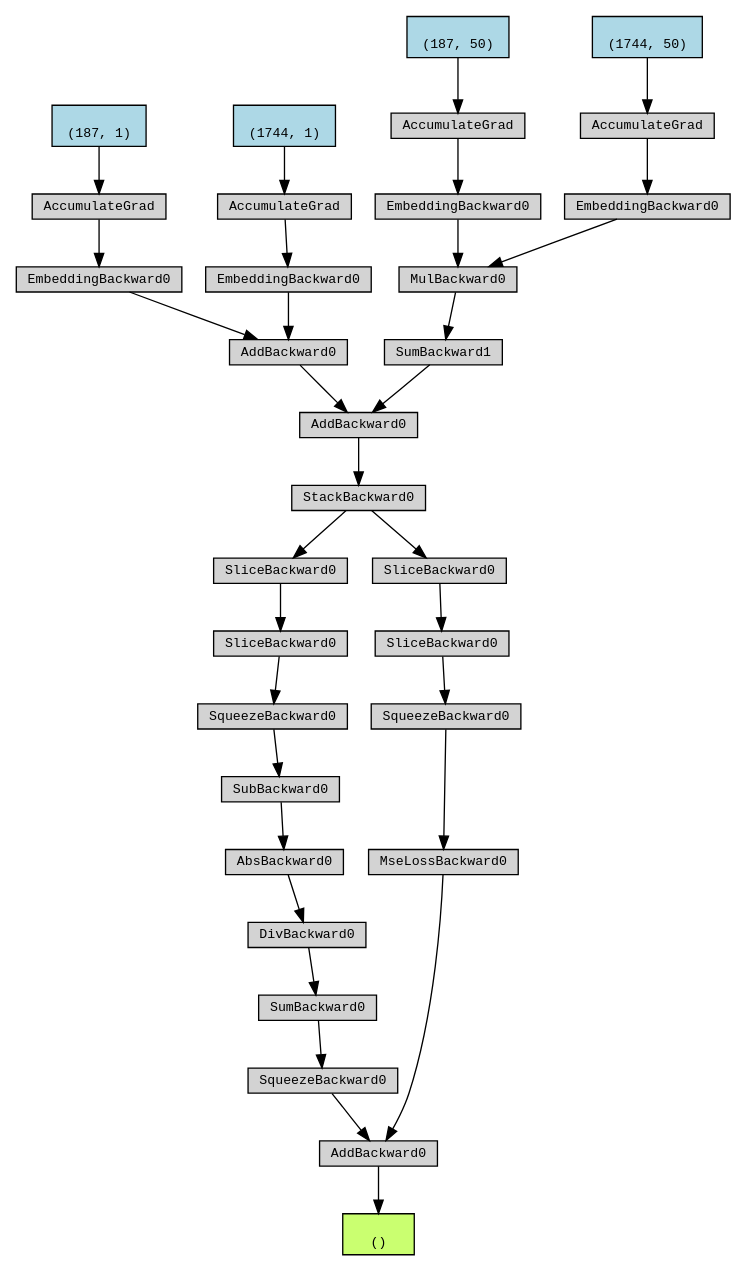
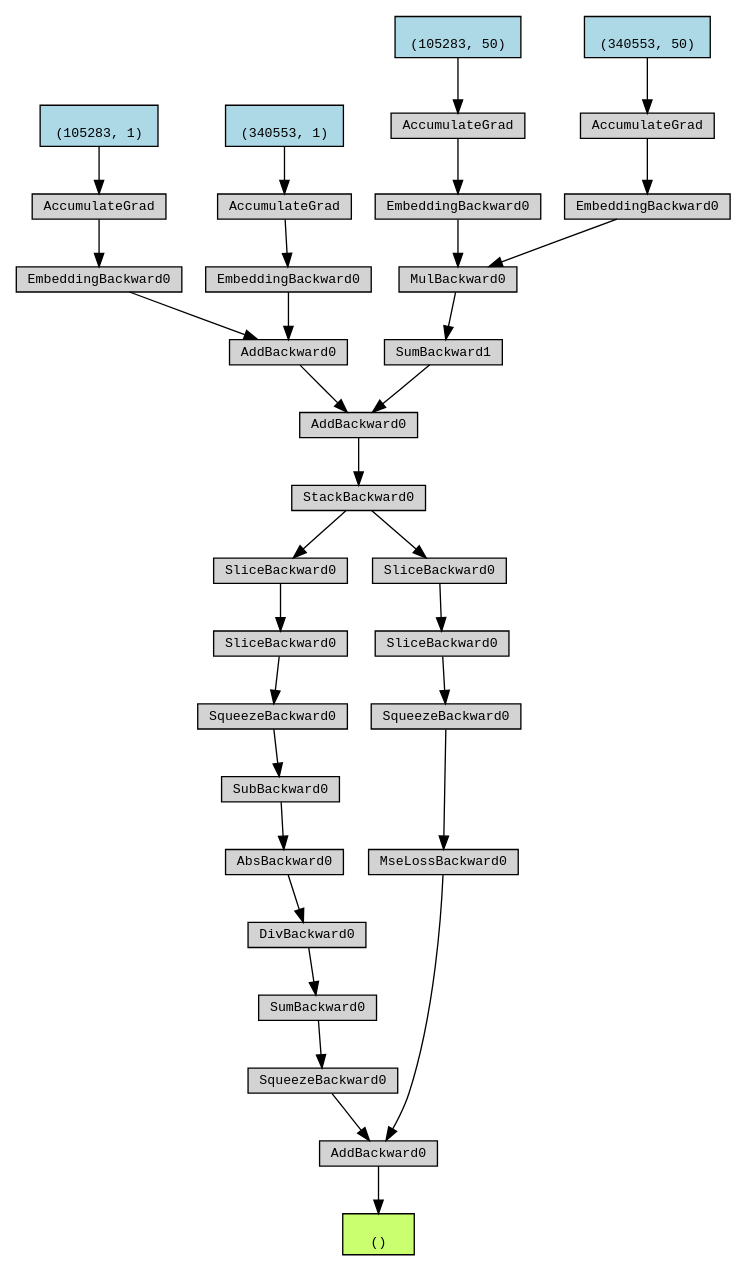
Before and after one commit to asafjo23/histogram_based_collaborative_filtering: the diagram in examples/Digraph.gv, drawn with Graphviz. The commit also changed 11 other files, not shown here.

```diff
--- a/examples/Digraph.gv
+++ b/examples/Digraph.gv
@@ -1,71 +1,71 @@
 digraph {
 	graph [size="12,12"]
 	node [align=left fontname=monospace fontsize=10 height=0.2 ranksep=0.1 shape=box style=filled]
-	5299827312 [label="
+	5310358208 [label="
  ()" fillcolor=darkolivegreen1]
-	5300551632 [label=AddBackward0]
-	5311447104 -> 5300551632
-	5311447104 [label=SqueezeBackward0]
-	5297324336 -> 5311447104
-	5297324336 [label=SumBackward0]
-	5297324624 -> 5297324336
-	5297324624 [label=DivBackward0]
-	5300462592 -> 5297324624
-	5300462592 [label=AbsBackward0]
-	5300462064 -> 5300462592
-	5300462064 [label=SubBackward0]
-	5296813200 -> 5300462064
-	5296813200 [label=SqueezeBackward0]
-	5300481520 -> 5296813200
-	5300481520 [label=SliceBackward0]
-	5300192256 -> 5300481520
-	5300192256 [label=SliceBackward0]
-	5300193072 -> 5300192256
-	5300193072 [label=StackBackward0]
-	5300193888 -> 5300193072
-	5300193888 [label=AddBackward0]
-	5300192112 -> 5300193888
-	5300192112 [label=AddBackward0]
-	5300192208 -> 5300192112
-	5300192208 [label=EmbeddingBackward0]
-	5300191344 -> 5300192208
-	5310874864 [label="
- (187, 1)" fillcolor=lightblue]
-	5310874864 -> 5300191344
-	5300191344 [label=AccumulateGrad]
-	5300193792 -> 5300192112
-	5300193792 [label=EmbeddingBackward0]
-	5300192064 -> 5300193792
-	5310875824 [label="
- (1744, 1)" fillcolor=lightblue]
-	5310875824 -> 5300192064
-	5300192064 [label=AccumulateGrad]
-	5300191632 -> 5300193888
-	5300191632 [label=SumBackward1]
-	5300193120 -> 5300191632
-	5300193120 [label=MulBackward0]
-	5300192976 -> 5300193120
-	5300192976 [label=EmbeddingBackward0]
-	5300192400 -> 5300192976
-	5311836784 [label="
- (187, 50)" fillcolor=lightblue]
-	5311836784 -> 5300192400
-	5300192400 [label=AccumulateGrad]
-	5300192496 -> 5300193120
-	5300192496 [label=EmbeddingBackward0]
-	5300192784 -> 5300192496
-	5298045072 [label="
- (1744, 50)" fillcolor=lightblue]
-	5298045072 -> 5300192784
-	5300192784 [label=AccumulateGrad]
-	5302261600 -> 5300551632
-	5302261600 [label=MseLossBackward0]
-	5301863040 -> 5302261600
-	5301863040 [label=SqueezeBackward0]
-	5297325344 -> 5301863040
-	5297325344 [label=SliceBackward0]
-	5300462976 -> 5297325344
-	5300462976 [label=SliceBackward0]
-	5300193072 -> 5300462976
-	5300551632 -> 5299827312
+	5351139600 [label=AddBackward0]
+	5351137968 -> 5351139600
+	5351137968 [label=SqueezeBackward0]
+	5351138064 -> 5351137968
+	5351138064 [label=SumBackward0]
+	5351137488 -> 5351138064
+	5351137488 [label=DivBackward0]
+	5351138928 -> 5351137488
+	5351138928 [label=AbsBackward0]
+	5351137728 -> 5351138928
+	5351137728 [label=SubBackward0]
+	5351140992 -> 5351137728
+	5351140992 [label=SqueezeBackward0]
+	5351137392 -> 5351140992
+	5351137392 [label=SliceBackward0]
+	5172026336 -> 5351137392
+	5172026336 [label=SliceBackward0]
+	5172624592 -> 5172026336
+	5172624592 [label=StackBackward0]
+	5172309536 -> 5172624592
+	5172309536 [label=AddBackward0]
+	5172309680 -> 5172309536
+	5172309680 [label=AddBackward0]
+	5172704640 -> 5172309680
+	5172704640 [label=EmbeddingBackward0]
+	5172706944 -> 5172704640
+	5272389728 [label="
+ (105283, 1)" fillcolor=lightblue]
+	5272389728 -> 5172706944
+	5172706944 [label=AccumulateGrad]
+	5172705936 -> 5172309680
+	5172705936 [label=EmbeddingBackward0]
+	5172705408 -> 5172705936
+	5272390208 [label="
+ (340553, 1)" fillcolor=lightblue]
+	5272390208 -> 5172705408
+	5172705408 [label=AccumulateGrad]
+	5172308576 -> 5172309536
+	5172308576 [label=SumBackward1]
+	5172704256 -> 5172308576
+	5172704256 [label=MulBackward0]
+	5351151600 -> 5172704256
+	5351151600 [label=EmbeddingBackward0]
+	5351153040 -> 5351151600
+	5318244528 [label="
+ (105283, 50)" fillcolor=lightblue]
+	5318244528 -> 5351153040
+	5351153040 [label=AccumulateGrad]
+	5351153520 -> 5172704256
+	5351153520 [label=EmbeddingBackward0]
+	5351150976 -> 5351153520
+	5272388288 [label="
+ (340553, 50)" fillcolor=lightblue]
+	5272388288 -> 5351150976
+	5351150976 [label=AccumulateGrad]
+	5351138208 -> 5351139600
+	5351138208 [label=MseLossBackward0]
+	5351140128 -> 5351138208
+	5351140128 [label=SqueezeBackward0]
+	5351140512 -> 5351140128
+	5351140512 [label=SliceBackward0]
+	5172624928 -> 5351140512
+	5172624928 [label=SliceBackward0]
+	5172624592 -> 5172624928
+	5351139600 -> 5310358208
 }
```
